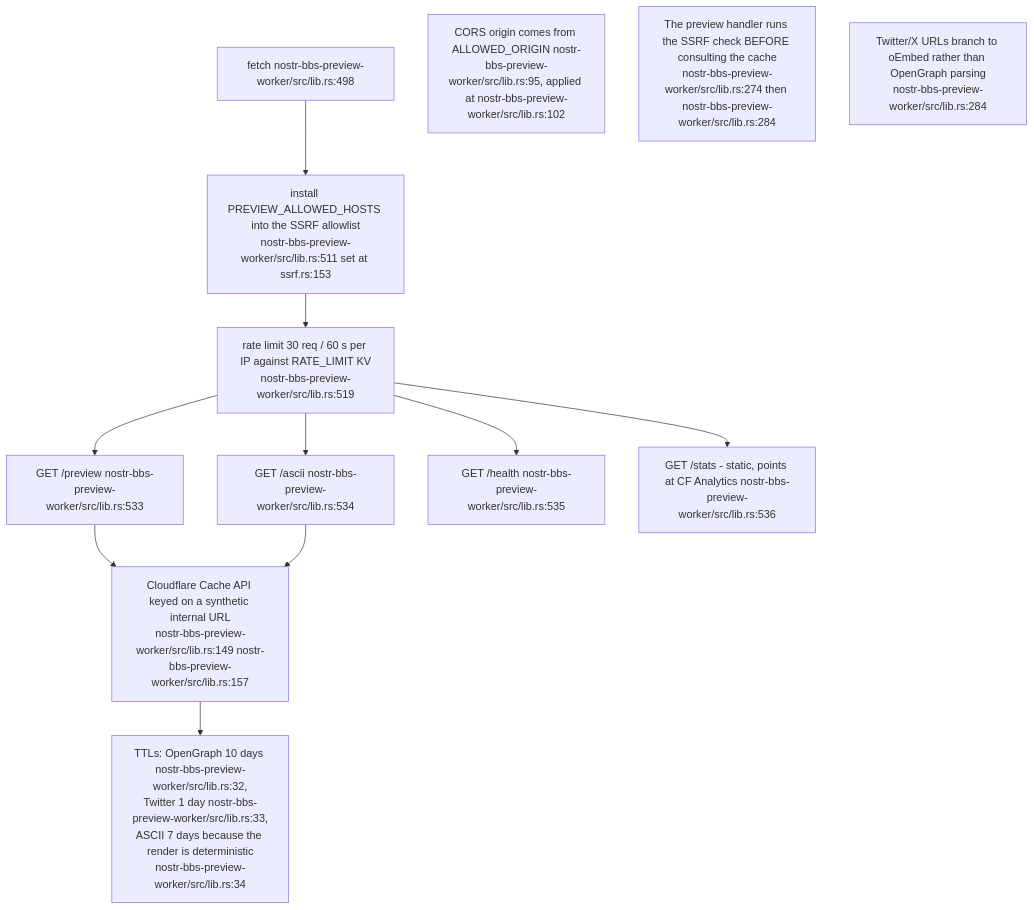
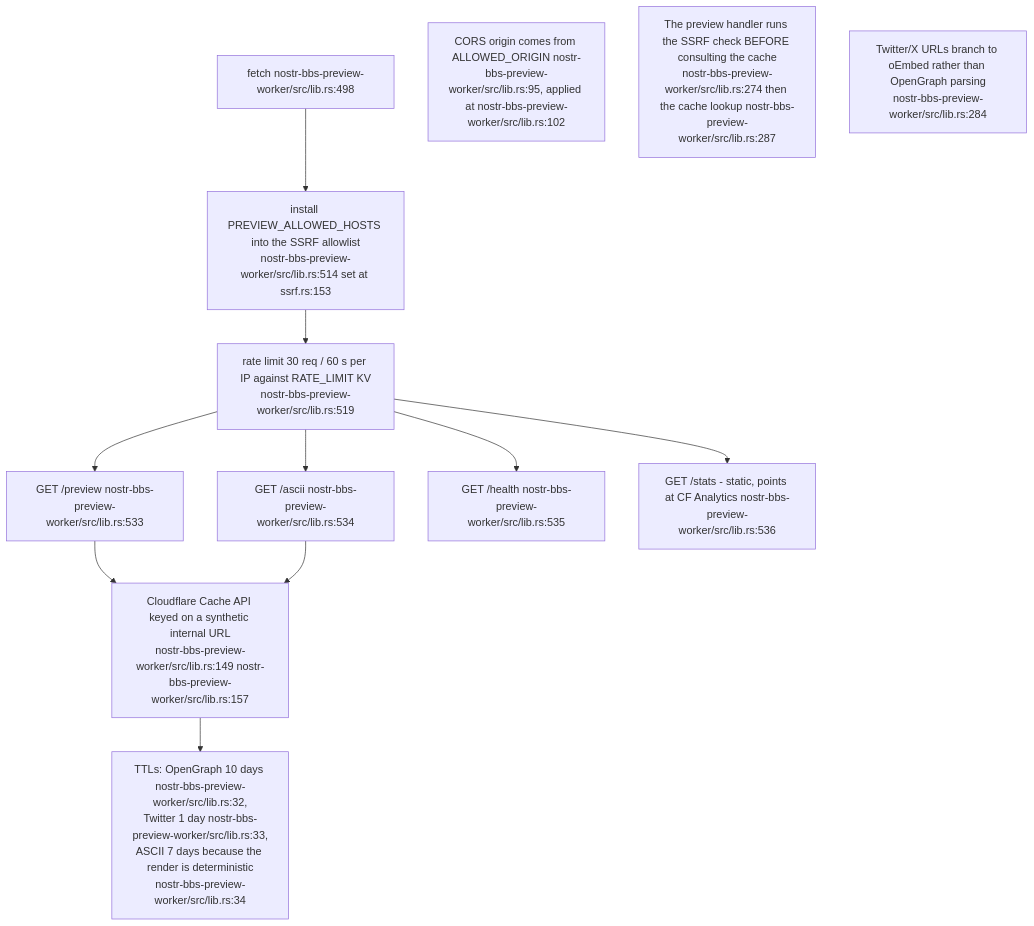
The fifth of 9 diagrams in docs/diagrams/nostr-rust-forum/07-search-preview-and-shared-worker-utilities.md (DreamLab-AI/VisionFlow), drawn with Mermaid before and after one commit. The commit also changed other lines of this file and 91 other files, not shown here.

````diff
--- a/docs/diagrams/nostr-rust-forum/07-search-preview-and-shared-worker-utilities.md
+++ b/docs/diagrams/nostr-rust-forum/07-search-preview-and-shared-worker-utilities.md
@@ -134,20 +139,20 @@
 ```mermaid
 flowchart TB
     F["fetch nostr-bbs-preview-worker/src/lib.rs:498"]
-    AL["install PREVIEW_ALLOWED_HOSTS into the SSRF allowlist<br/>nostr-bbs-preview-worker/src/lib.rs:511 set at ssrf.rs:153"]
+    AL["install PREVIEW_ALLOWED_HOSTS into the SSRF allowlist<br/>nostr-bbs-preview-worker/src/lib.rs:514 set at ssrf.rs:153"]
     RL["rate limit 30 req / 60 s per IP against RATE_LIMIT KV<br/>nostr-bbs-preview-worker/src/lib.rs:519"]
     P["GET /preview nostr-bbs-preview-worker/src/lib.rs:533"]
     A["GET /ascii nostr-bbs-preview-worker/src/lib.rs:534"]
     H["GET /health nostr-bbs-preview-worker/src/lib.rs:535"]
     ST["GET /stats - static, points at CF Analytics nostr-bbs-preview-worker/src/lib.rs:536"]
     CACHE["Cloudflare Cache API keyed on a synthetic internal URL<br/>nostr-bbs-preview-worker/src/lib.rs:149 nostr-bbs-preview-worker/src/lib.rs:157"]
     TTL["TTLs: OpenGraph 10 days nostr-bbs-preview-worker/src/lib.rs:32,<br/>Twitter 1 day nostr-bbs-preview-worker/src/lib.rs:33,<br/>ASCII 7 days because the render is deterministic<br/>nostr-bbs-preview-worker/src/lib.rs:34"]
 
     F --> AL --> RL --> P & A & H & ST
     P --> CACHE --> TTL
     A --> CACHE
 
     N1["CORS origin comes from ALLOWED_ORIGIN nostr-bbs-preview-worker/src/lib.rs:95, applied at nostr-bbs-preview-worker/src/lib.rs:102"]
-    N2["The preview handler runs the SSRF check BEFORE consulting the cache<br/>nostr-bbs-preview-worker/src/lib.rs:274 then nostr-bbs-preview-worker/src/lib.rs:284"]
+    N2["The preview handler runs the SSRF check BEFORE consulting the cache<br/>nostr-bbs-preview-worker/src/lib.rs:274 then the cache lookup nostr-bbs-preview-worker/src/lib.rs:287"]
     N3["Twitter/X URLs branch to oEmbed rather than OpenGraph parsing<br/>nostr-bbs-preview-worker/src/lib.rs:284"]
 ```
````
